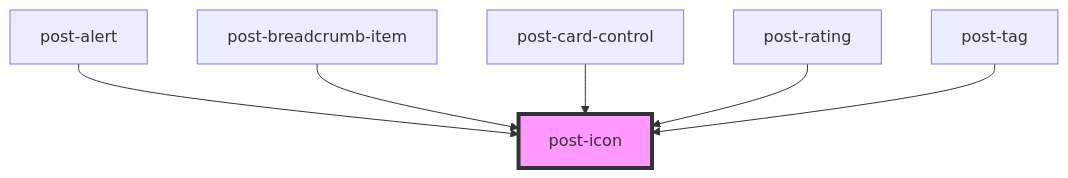
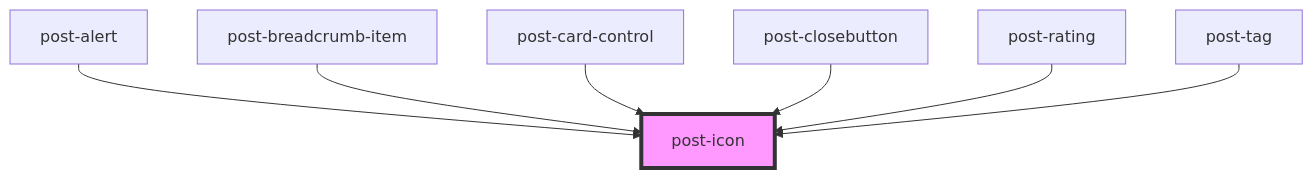
The diagram in packages/components/src/components/post-icon/readme.md (swisspost/design-system), drawn with Mermaid before and after one commit. The commit also changed other lines of this file and 15 other files, not shown here.

````diff
--- a/packages/components/src/components/post-icon/readme.md
+++ b/packages/components/src/components/post-icon/readme.md
@@ -32,9 +33,10 @@
 ```mermaid
 graph TD;
   post-alert --> post-icon
   post-breadcrumb-item --> post-icon
   post-card-control --> post-icon
+  post-closebutton --> post-icon
   post-rating --> post-icon
   post-tag --> post-icon
   style post-icon fill:#f9f,stroke:#333,stroke-width:4px
 ```
````
